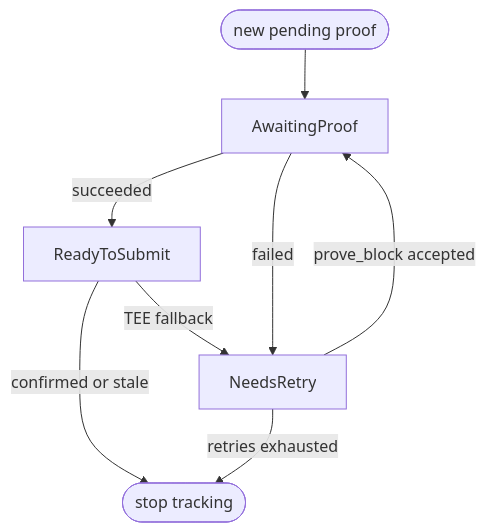
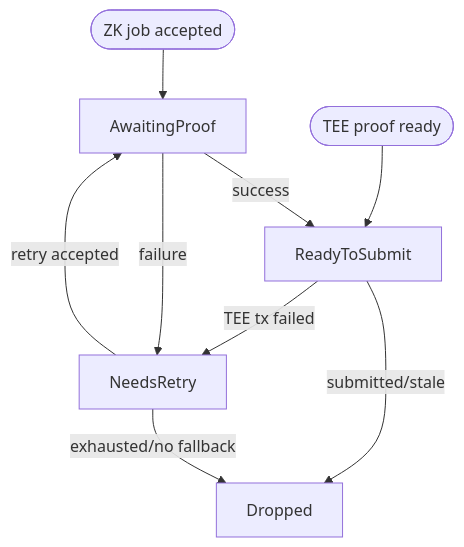
One commit to base/base changed the diagram in docs/specs/pages/protocol/proofs/challenger.md. Above: the diagram before and after it, drawn with Mermaid. The commit also changed other lines of this file, not shown here.

Commit message:
improve diagram accuracy:

````diff
--- a/docs/specs/pages/protocol/proofs/challenger.md
+++ b/docs/specs/pages/protocol/proofs/challenger.md
@@ -166,13 +166,14 @@
 ```mermaid
 flowchart TB
-    Start([new pending proof]) --> AwaitingProof[AwaitingProof]
+    ZkStart([ZK job accepted]) --> AwaitingProof[AwaitingProof]
+    TeeStart([TEE proof ready]) --> ReadyToSubmit[ReadyToSubmit]
 
-    AwaitingProof -->|succeeded| ReadyToSubmit[ReadyToSubmit]
-    AwaitingProof -->|failed| NeedsRetry[NeedsRetry]
+    AwaitingProof -->|success| ReadyToSubmit
+    AwaitingProof -->|failure| NeedsRetry[NeedsRetry]
 
-    NeedsRetry -->|prove_block accepted| AwaitingProof
-    NeedsRetry -->|retries exhausted| Stop([stop tracking])
+    NeedsRetry -->|retry accepted| AwaitingProof
+    NeedsRetry -->|exhausted/no fallback| Dropped[Dropped]
 
-    ReadyToSubmit -->|confirmed or stale| Stop
-    ReadyToSubmit -->|TEE fallback| NeedsRetry
+    ReadyToSubmit -->|submitted/stale| Dropped
+    ReadyToSubmit -->|TEE tx failed| NeedsRetry
 ```
````
